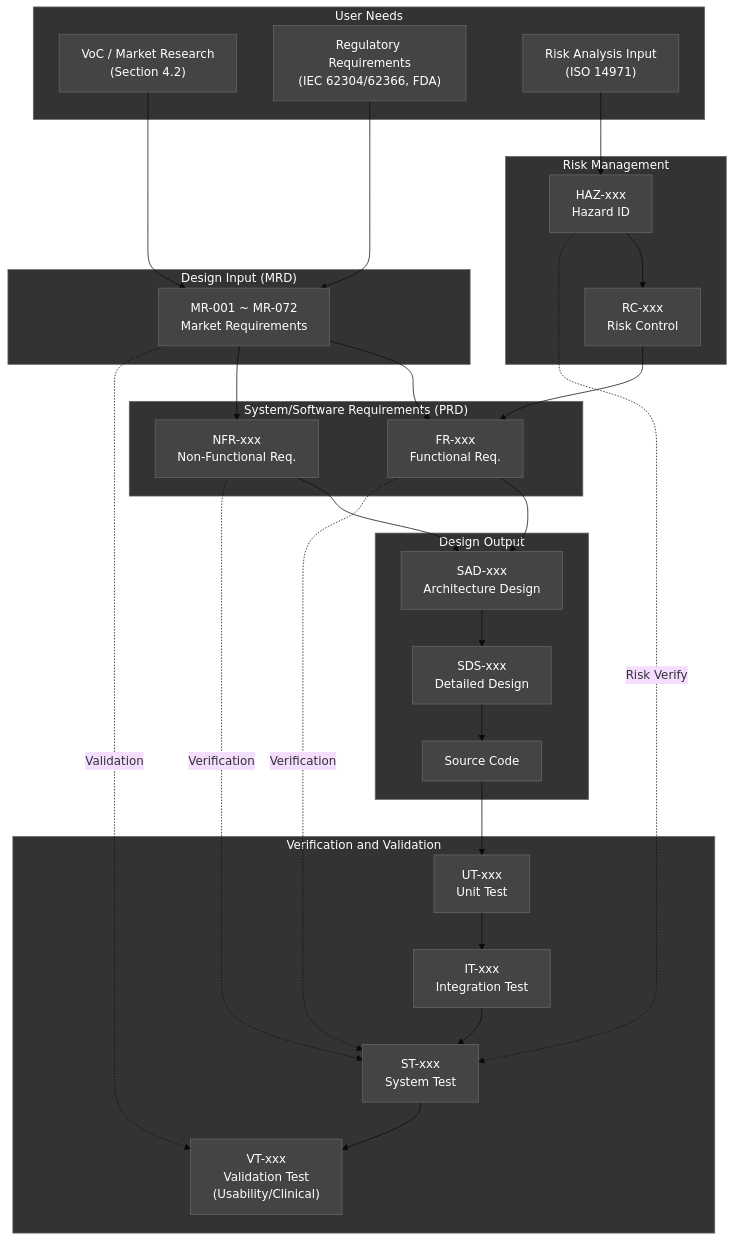
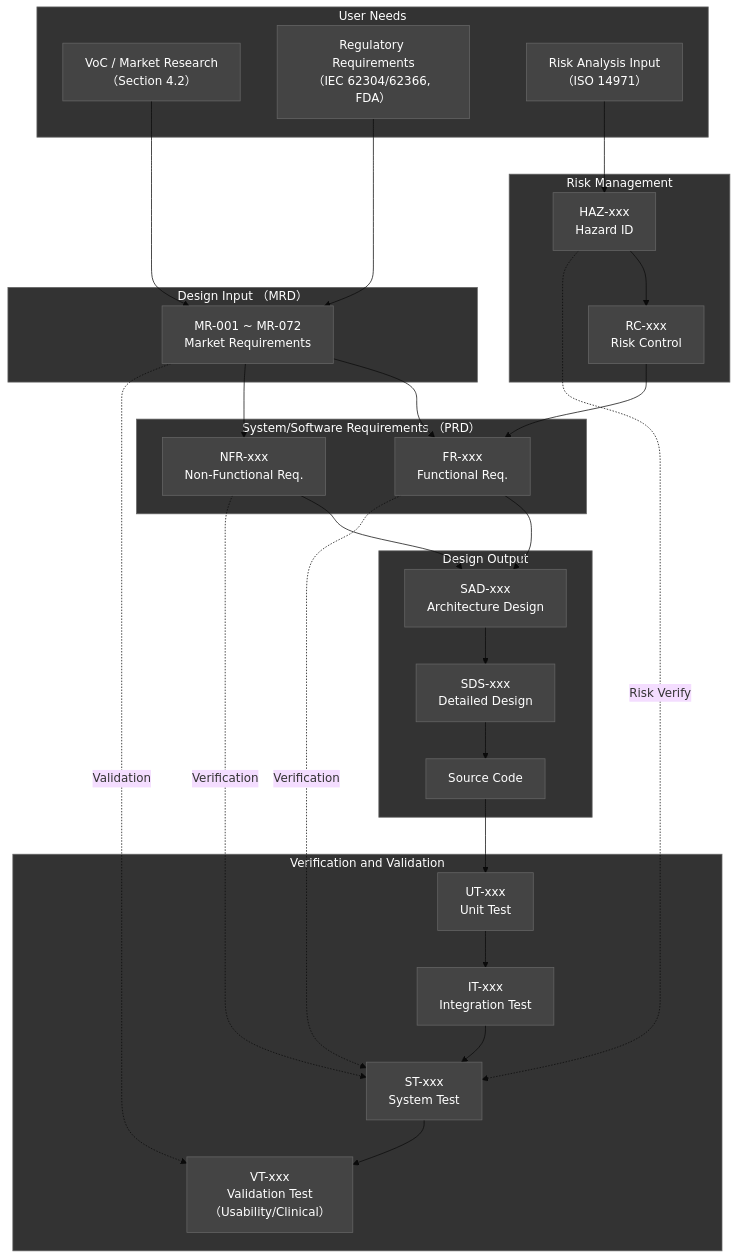
Before and after one commit to holee9/console-gui: the fourth of 7 diagrams in docs/planning/DOC-001_MRD_v3.0.md, drawn with Mermaid (base theme). The commit also changed other lines of this file and 22 other files, not shown here.

First line of the commit message:
fix: Mermaid flowchart 노드 내 괄호 파싱 오류 전면 수정

````diff
--- a/docs/planning/DOC-001_MRD_v3.0.md
+++ b/docs/planning/DOC-001_MRD_v3.0.md
@@ -543,63 +543,63 @@
 ```mermaid
 flowchart TD
     classDef default fill:#444,stroke:#666,color:#fff
     subgraph UN["User Needs"]
-        VoC["VoC / Market Research\n(Section 4.2)"]
-        Reg["Regulatory Requirements\n(IEC 62304/62366, FDA)"]
-        Risk0["Risk Analysis Input\n(ISO 14971)"]
+        VoC["VoC / Market Research\n（Section 4.2）"]
+        Reg["Regulatory Requirements\n（IEC 62304/62366, FDA）"]
+        Risk0["Risk Analysis Input\n（ISO 14971）"]
     end
 
-    subgraph DI["Design Input (MRD)"]
+    subgraph DI["Design Input （MRD）"]
         MR["MR-001 ~ MR-072\nMarket Requirements"]
     end
 
-    subgraph SyRS_PRD["System/Software Requirements (PRD)"]
+    subgraph SyRS_PRD["System/Software Requirements （PRD）"]
         FR["FR-xxx\nFunctional Req."]
         NFR["NFR-xxx\nNon-Functional Req."]
     end
 
     subgraph DO["Design Output"]
         SAD["SAD-xxx\nArchitecture Design"]
         SDS["SDS-xxx\nDetailed Design"]
         Code["Source Code"]
     end
 
     subgraph VV["Verification and Validation"]
         UT["UT-xxx\nUnit Test"]
         IT["IT-xxx\nIntegration Test"]
         ST["ST-xxx\nSystem Test"]
-        VT["VT-xxx\nValidation Test\n(Usability/Clinical)"]
+        VT["VT-xxx\nValidation Test\n（Usability/Clinical）"]
     end
 
     subgraph RM["Risk Management"]
         HAZ["HAZ-xxx\nHazard ID"]
         RC["RC-xxx\nRisk Control"]
     end
 
     VoC --> MR
     Reg --> MR
     Risk0 --> HAZ
     MR --> FR
     MR --> NFR
     HAZ --> RC
     RC --> FR
     FR --> SAD
     NFR --> SAD
     SAD --> SDS
     SDS --> Code
     Code --> UT
     UT --> IT
     IT --> ST
     ST --> VT
     FR -.->|Verification| ST
     NFR -.->|Verification| ST
     MR -.->|Validation| VT
     HAZ -.->|Risk Verify| ST
 
     style DI fill:#333,stroke:#666,color:#fff
     style DO fill:#333,stroke:#666,color:#fff
     style RM fill:#333,stroke:#666,color:#fff
     style SyRS_PRD fill:#333,stroke:#666,color:#fff
     style UN fill:#333,stroke:#666,color:#fff
     style VV fill:#333,stroke:#666,color:#fff
 ```
````
